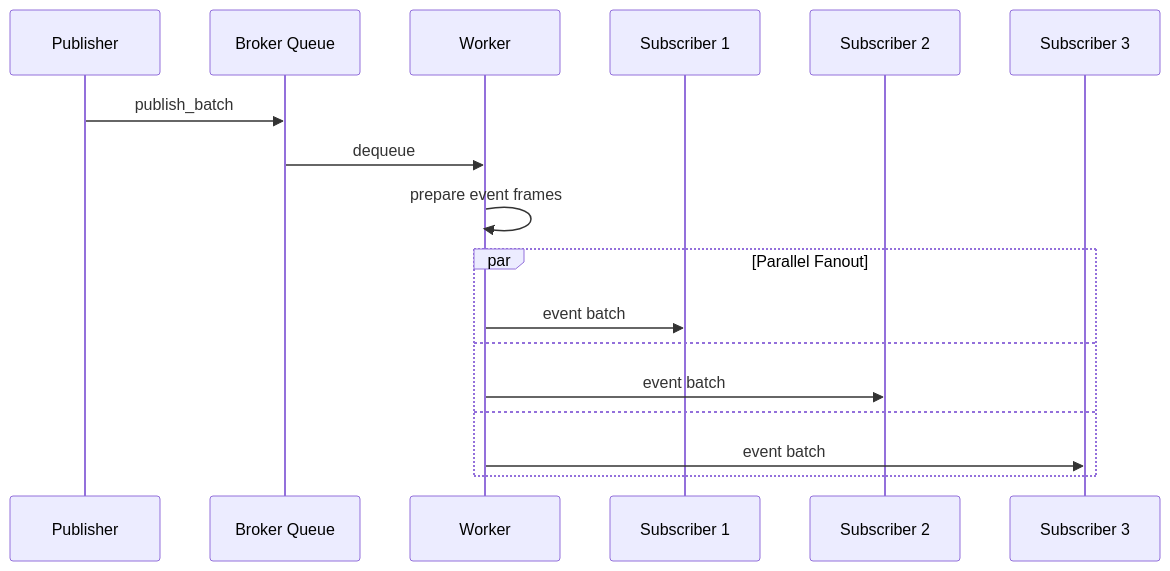
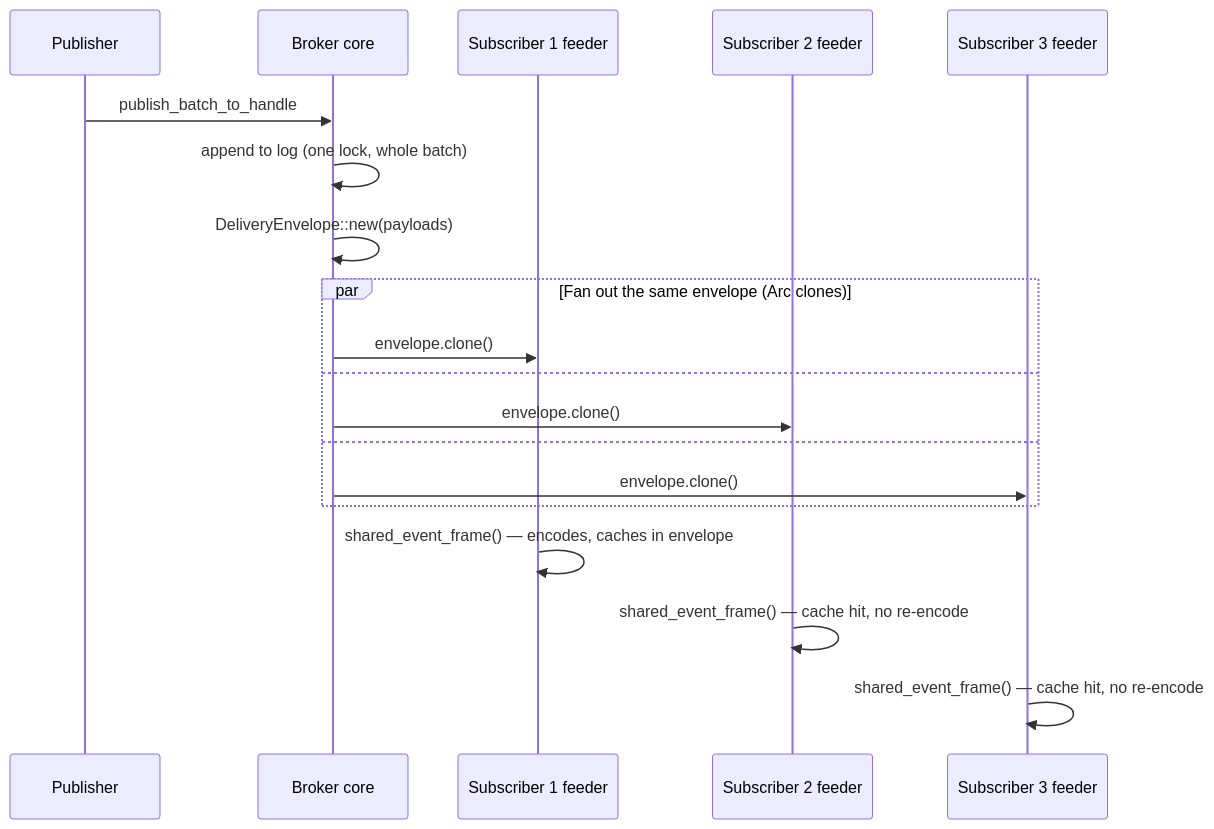
One commit to gabloe/felix changed the fourth of 7 diagrams in docs-site/docs/architecture/components.md. Above: the diagram before and after it, drawn with Mermaid. The commit also changed other lines of this file and 4 other files, not shown here.

````diff
--- a/docs-site/docs/architecture/components.md
+++ b/docs-site/docs/architecture/components.md
@@ -234,20 +237,22 @@
 ```mermaid
 sequenceDiagram
     participant P as Publisher
-    participant B as Broker Queue
-    participant W as Worker
-    participant S1 as Subscriber 1
-    participant S2 as Subscriber 2
-    participant S3 as Subscriber 3
-    
-    P->>B: publish_batch
-    B->>W: dequeue
-    W->>W: prepare event frames
-    par Parallel Fanout
-        W->>S1: event batch
+    participant B as Broker core
+    participant S1 as Subscriber 1 feeder
+    participant S2 as Subscriber 2 feeder
+    participant S3 as Subscriber 3 feeder
+
+    P->>B: publish_batch_to_handle
+    B->>B: append to log (one lock, whole batch)
+    B->>B: DeliveryEnvelope::new(payloads)
+    par Fan out the same envelope (Arc clones)
+        B->>S1: envelope.clone()
     and
-        W->>S2: event batch
+        B->>S2: envelope.clone()
     and
-        W->>S3: event batch
+        B->>S3: envelope.clone()
     end
+    S1->>S1: shared_event_frame() — encodes, caches in envelope
+    S2->>S2: shared_event_frame() — cache hit, no re-encode
+    S3->>S3: shared_event_frame() — cache hit, no re-encode
 ```
````
